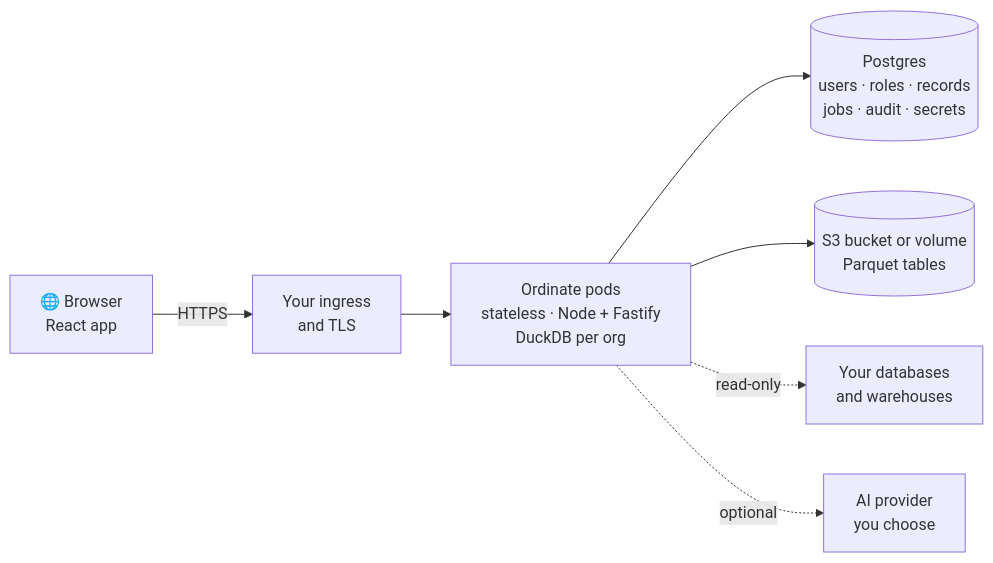
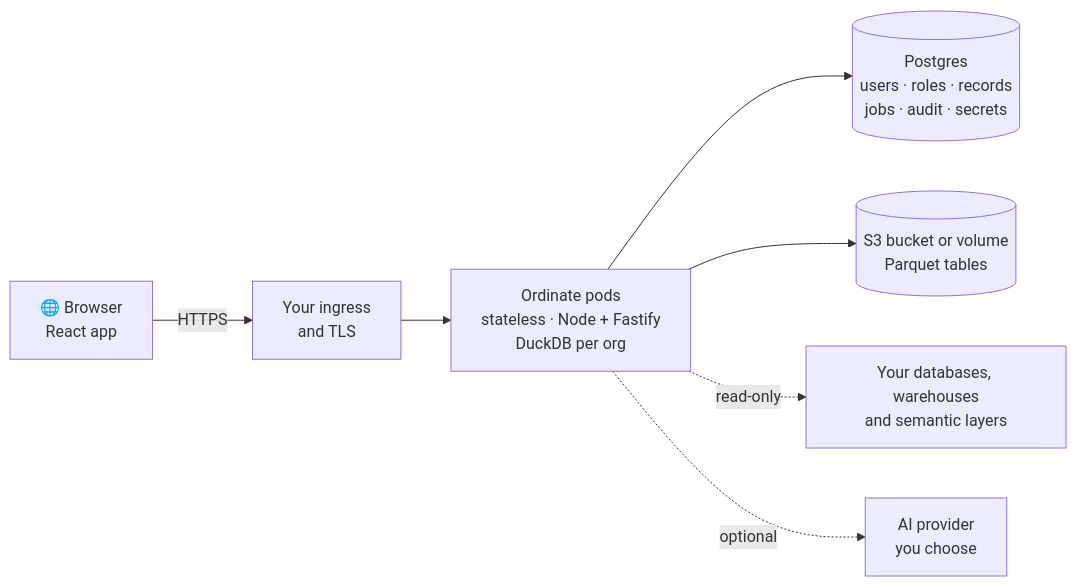
Before and after one commit to AshishB2000/ordinate: the second of 2 diagrams in README.md, drawn with Mermaid. The commit also changed other lines of this file and 3 other files, not shown here.

````diff
--- a/README.md
+++ b/README.md
@@ -297,9 +335,9 @@
 ```mermaid
 flowchart LR
   B["🌐 Browser<br/>React app"] -- HTTPS --> I["Your ingress<br/>and TLS"]
   I --> O["Ordinate pods<br/>stateless · Node + Fastify<br/>DuckDB per org"]
   O --> PG[("Postgres<br/>users · roles · records<br/>jobs · audit · secrets")]
   O --> S3[("S3 bucket or volume<br/>Parquet tables")]
-  O -. "read-only" .-> W["Your databases<br/>and warehouses"]
+  O -. "read-only" .-> W["Your databases, warehouses<br/>and semantic layers"]
   O -. "optional" .-> M["AI provider<br/>you choose"]
 ```
````
